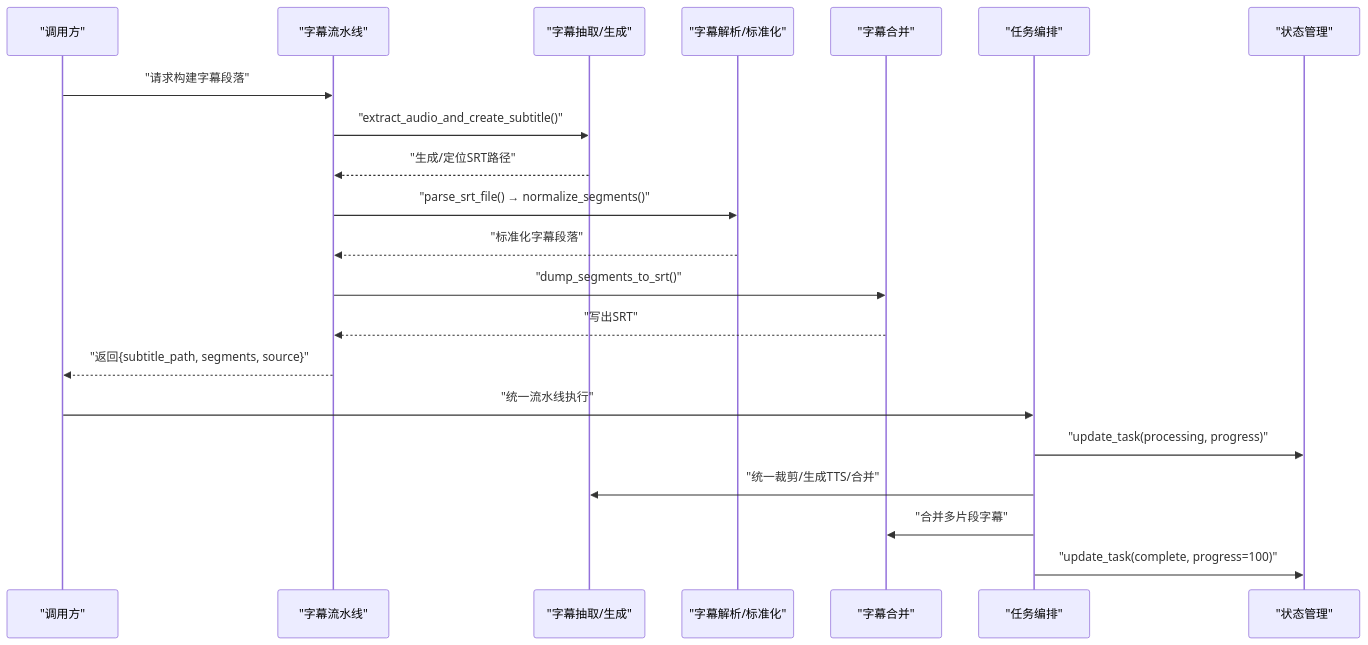
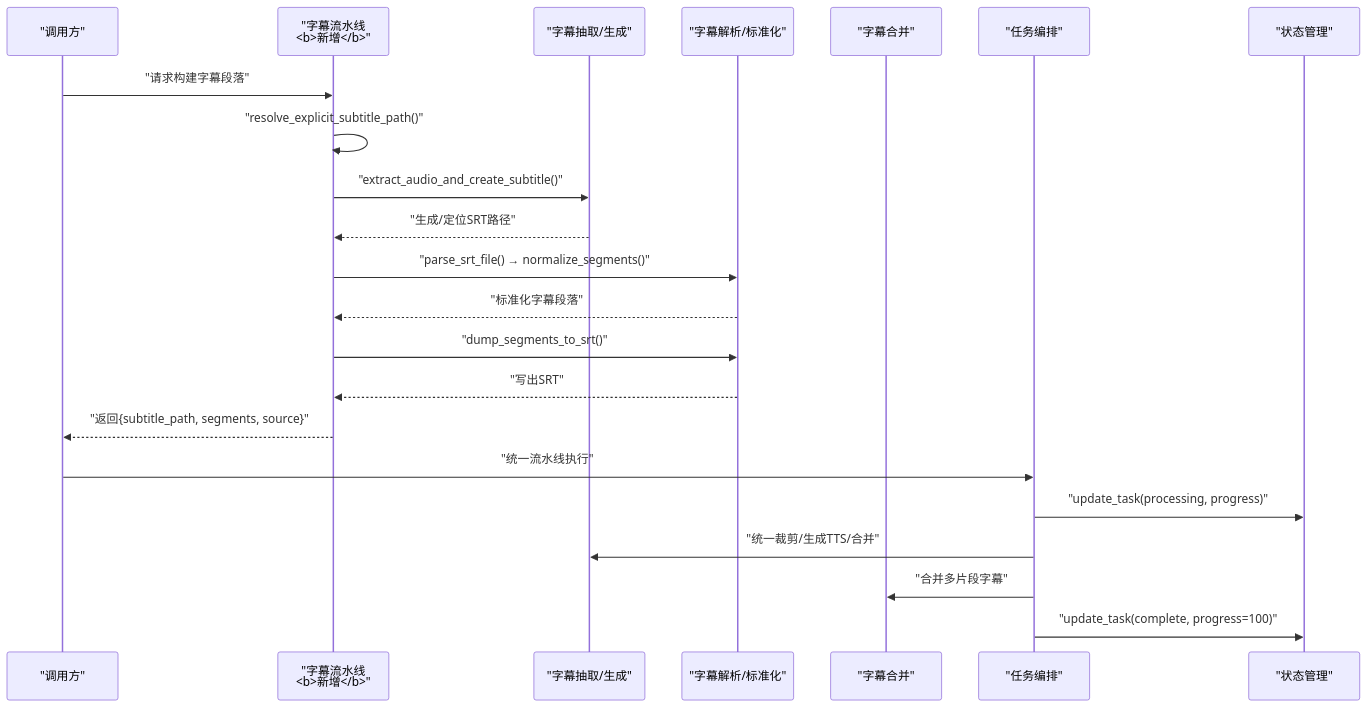
The second of 8 diagrams in .qoder/repowiki/zh/content/核心功能/字幕处理系统/字幕流水线.md (wowoduang/AIVideoClaude), drawn with Mermaid before and after one commit. The commit also changed other lines of this file and 26 other files, not shown here.

````diff
--- a/.qoder/repowiki/zh/content/核心功能/字幕处理系统/字幕流水线.md
+++ b/.qoder/repowiki/zh/content/核心功能/字幕处理系统/字幕流水线.md
@@ -135,23 +142,24 @@
 ```mermaid
 sequenceDiagram
 participant Caller as "调用方"
-participant Pipeline as "字幕流水线"
+participant Pipeline as "字幕流水线<br/><b>新增</b>"
 participant Sub as "字幕抽取/生成"
 participant Norm as "字幕解析/标准化"
 participant Merge as "字幕合并"
 participant Task as "任务编排"
 participant State as "状态管理"
 Caller->>Pipeline : "请求构建字幕段落"
+Pipeline->>Pipeline : "resolve_explicit_subtitle_path()"
 Pipeline->>Sub : "extract_audio_and_create_subtitle()"
 Sub-->>Pipeline : "生成/定位SRT路径"
 Pipeline->>Norm : "parse_srt_file() → normalize_segments()"
 Norm-->>Pipeline : "标准化字幕段落"
-Pipeline->>Merge : "dump_segments_to_srt()"
-Merge-->>Pipeline : "写出SRT"
+Pipeline->>Norm : "dump_segments_to_srt()"
+Norm-->>Pipeline : "写出SRT"
 Pipeline-->>Caller : "返回{subtitle_path, segments, source}"
 Caller->>Task : "统一流水线执行"
 Task->>State : "update_task(processing, progress)"
 Task->>Sub : "统一裁剪/生成TTS/合并"
 Task->>Merge : "合并多片段字幕"
 Task->>State : "update_task(complete, progress=100)"
 ```
````
